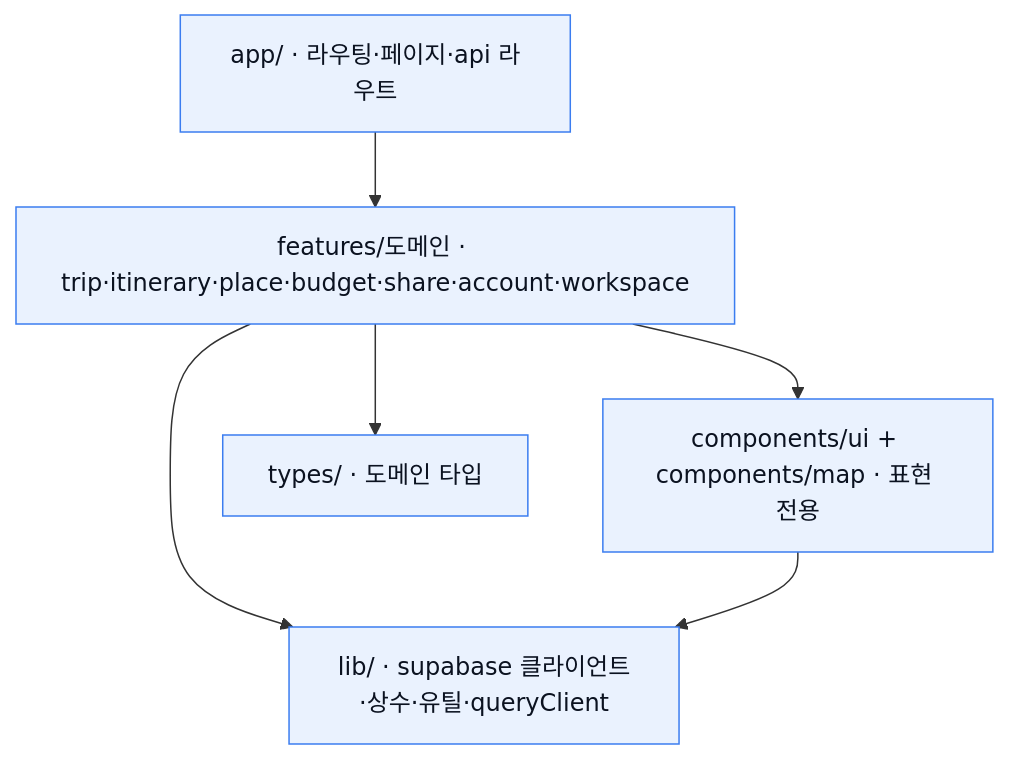
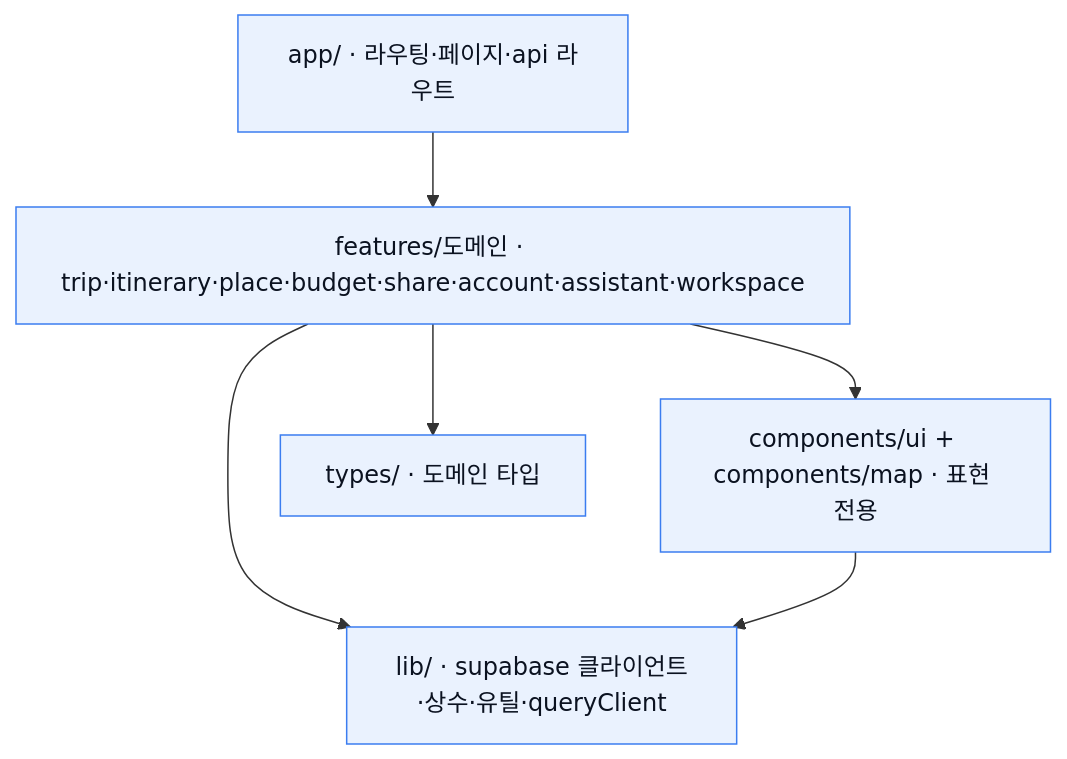
The first of 2 diagrams in README.md (so-log/jero), drawn with Mermaid before and after one commit. The commit also changed other lines of this file and 4 other files, not shown here.

````diff
--- a/README.md
+++ b/README.md
@@ -94,10 +95,10 @@
 ```mermaid
 flowchart TD
-  app["app/ · 라우팅·페이지·api 라우트"] --> features["features/도메인 · trip·itinerary·place·budget·share·account·workspace"]
+  app["app/ · 라우팅·페이지·api 라우트"] --> features["features/도메인 · trip·itinerary·place·budget·share·account·assistant·workspace"]
   features --> ui["components/ui + components/map · 표현 전용"]
   features --> lib["lib/ · supabase 클라이언트·상수·유틸·queryClient"]
   features --> types["types/ · 도메인 타입"]
   ui --> lib
   classDef box fill:#EAF2FE,stroke:#3B7DF0,color:#0B1220;
   class app,features,ui,lib,types box;
 ```
````
